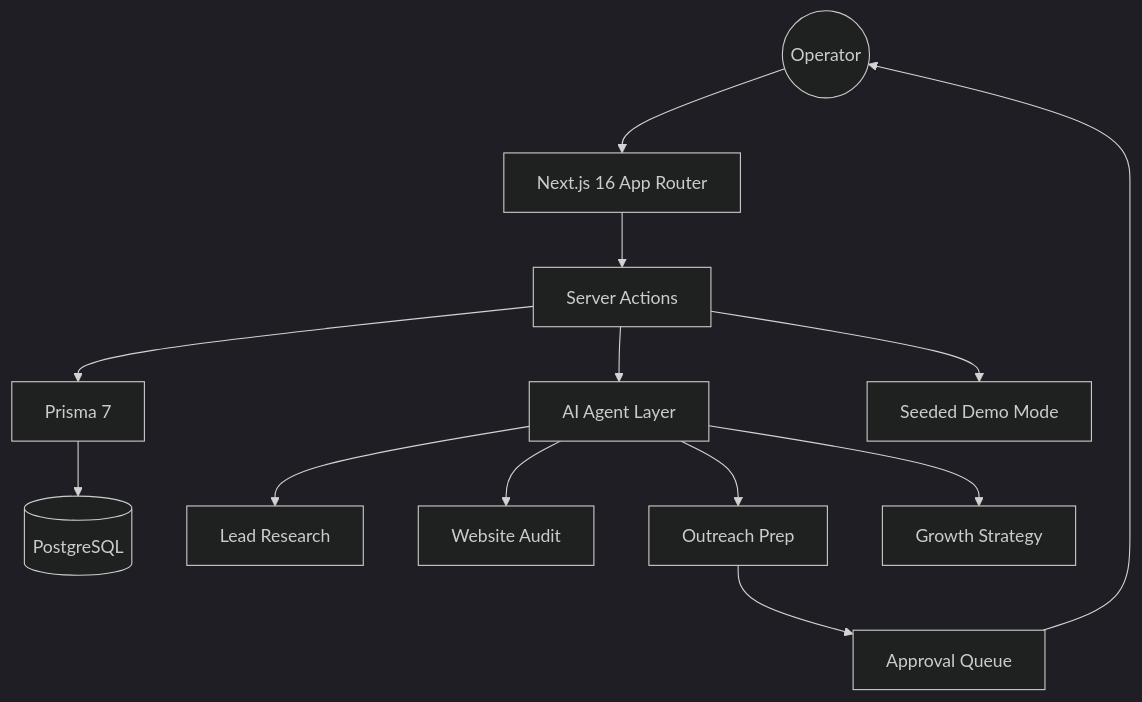
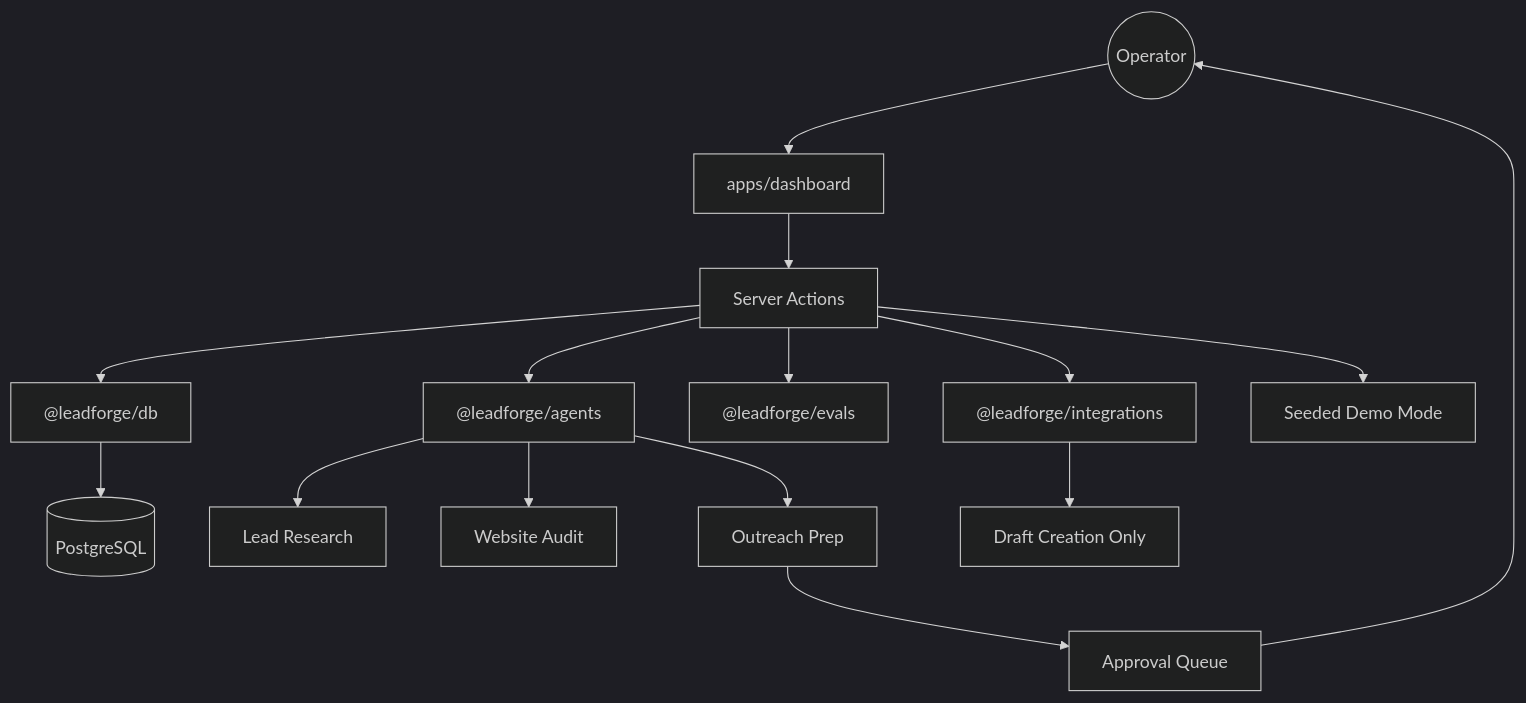
Before and after one commit to karandangi123/leadforge-ai: the diagram in README.md, drawn with Mermaid (dark theme). The commit also changed other lines of this file and 163 other files, not shown here.

````diff
--- a/README.md
+++ b/README.md
@@ -64,15 +70,17 @@
 ```mermaid
 graph TD
-    Operator((Operator)) --> App[Next.js 16 App Router]
+    Operator((Operator)) --> App["apps/dashboard"]
     App --> Actions[Server Actions]
-    Actions --> Prisma[Prisma 7]
-    Prisma --> Postgres[(PostgreSQL)]
-    Actions --> Agents[AI Agent Layer]
+    Actions --> DB["@leadforge/db"]
+    Actions --> Agents["@leadforge/agents"]
+    Actions --> Evals["@leadforge/evals"]
+    Actions --> Integrations["@leadforge/integrations"]
+    DB --> Postgres[(PostgreSQL)]
     Agents --> Research[Lead Research]
     Agents --> Audit[Website Audit]
     Agents --> Outreach[Outreach Prep]
-    Agents --> Strategy[Growth Strategy]
+    Integrations --> Gmail[Draft Creation Only]
     Outreach --> Queue[Approval Queue]
     Queue --> Operator
     Actions --> Demo[Seeded Demo Mode]
 ```
````
